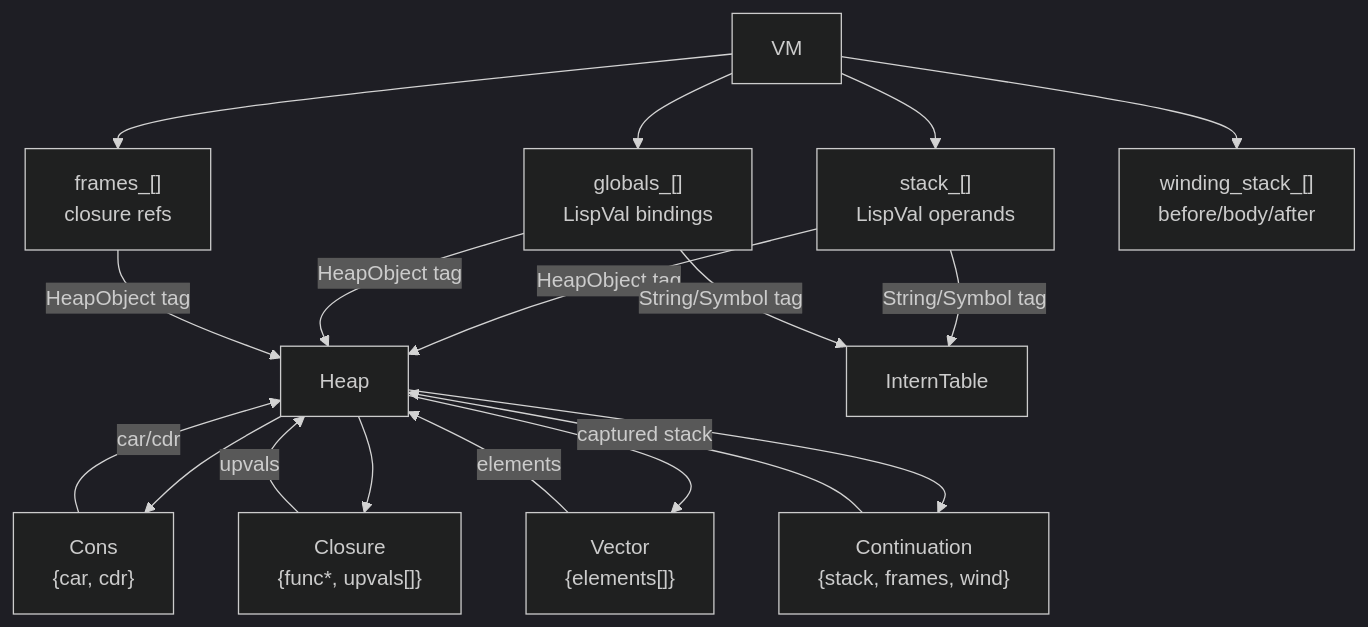
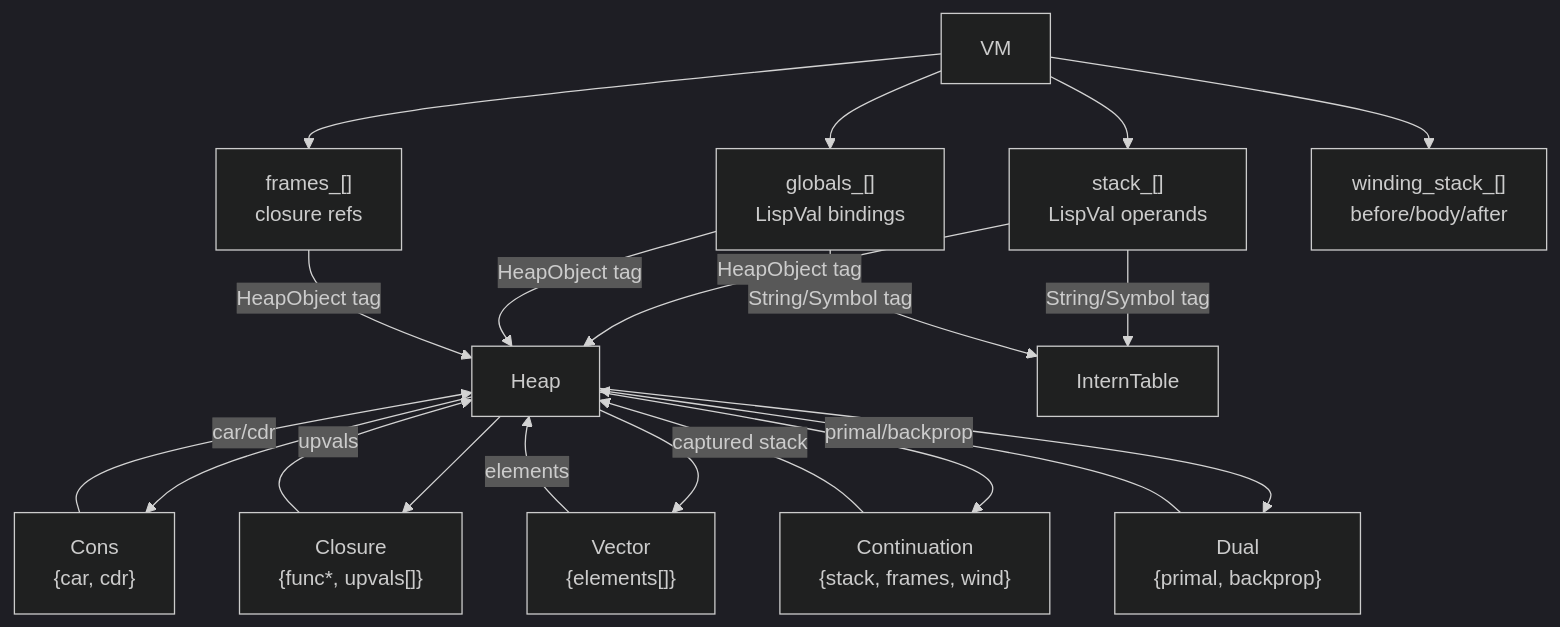
One commit to lewismj/eta changed the fourth of 4 diagrams in docs/runtime.md. Above: the diagram before and after it, drawn with Mermaid (dark theme). The commit also changed other lines of this file and 2 other files, not shown here.

````diff
--- a/docs/runtime.md
+++ b/docs/runtime.md
@@ -306,26 +313,28 @@
 ```mermaid
 graph TD
     VM["VM"]
     VM --> STACK["stack_[]\nLispVal operands"]
     VM --> GLOBALS["globals_[]\nLispVal bindings"]
     VM --> FRAMES["frames_[]\nclosure refs"]
     VM --> WIND["winding_stack_[]\nbefore/body/after"]
 
     STACK --> |"HeapObject tag"| HEAP["Heap"]
     GLOBALS --> |"HeapObject tag"| HEAP
     FRAMES --> |"HeapObject tag"| HEAP
 
     HEAP --> CONS["Cons\n{car, cdr}"]
     HEAP --> CLOS["Closure\n{func*, upvals[]}"]
     HEAP --> VEC["Vector\n{elements[]}"]
     HEAP --> CONT["Continuation\n{stack, frames, wind}"]
+    HEAP --> DUAL["Dual\n{primal, backprop}"]
 
     CONS --> |"car/cdr"| HEAP
     CLOS --> |"upvals"| HEAP
     VEC --> |"elements"| HEAP
     CONT --> |"captured stack"| HEAP
+    DUAL --> |"primal/backprop"| HEAP
 
     IT["InternTable"]
     STACK --> |"String/Symbol tag"| IT
     GLOBALS --> |"String/Symbol tag"| IT
 ```
````
